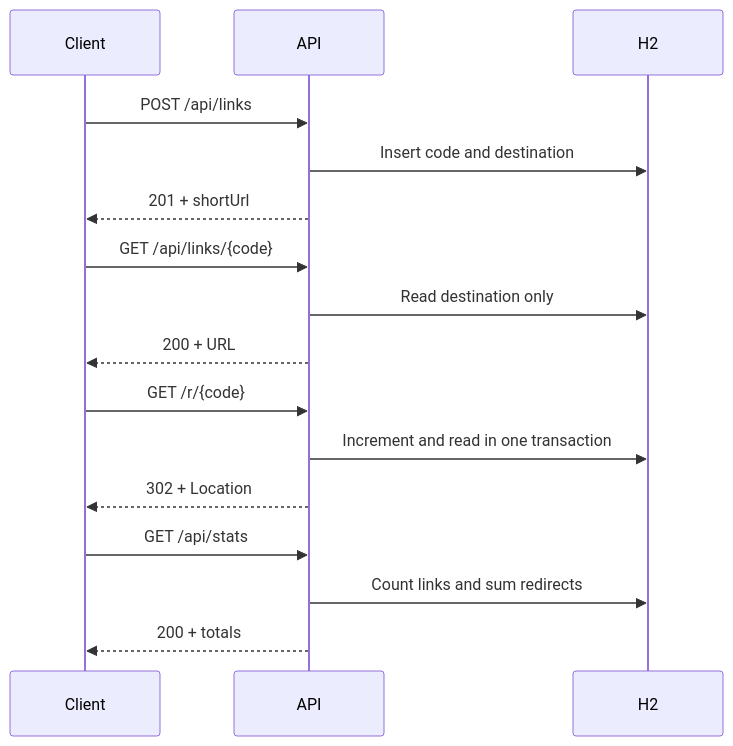
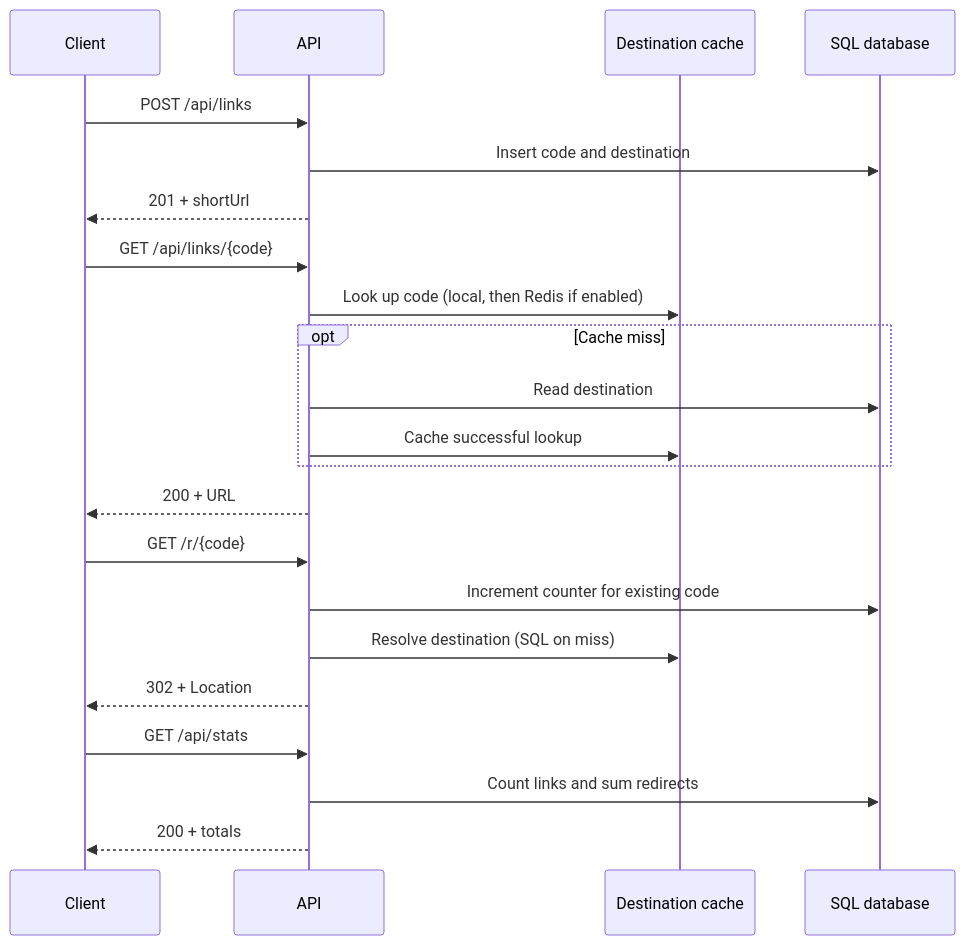
The diagram in urlShortener/README.md (kcskribbl/canopy-agentic-sdlc), drawn with Mermaid before and after one commit. The commit also changed other lines of this file and 14 other files, not shown here.

First line of the commit message:
Separate link service components and add PostgreSQL and optional Redis caching

````diff
--- a/urlShortener/README.md
+++ b/urlShortener/README.md
@@ -41,18 +41,24 @@
 ```mermaid
 sequenceDiagram
     participant C as Client
     participant A as API
-    participant D as H2
+    participant K as Destination cache
+    participant D as SQL database
     C->>A: POST /api/links
     A->>D: Insert code and destination
     A-->>C: 201 + shortUrl
     C->>A: GET /api/links/{code}
-    A->>D: Read destination only
+    A->>K: Look up code (local, then Redis if enabled)
+    opt Cache miss
+        A->>D: Read destination
+        A->>K: Cache successful lookup
+    end
     A-->>C: 200 + URL
     C->>A: GET /r/{code}
-    A->>D: Increment and read in one transaction
+    A->>D: Increment counter for existing code
+    A->>K: Resolve destination (SQL on miss)
     A-->>C: 302 + Location
     C->>A: GET /api/stats
     A->>D: Count links and sum redirects
     A-->>C: 200 + totals
 ```
````
